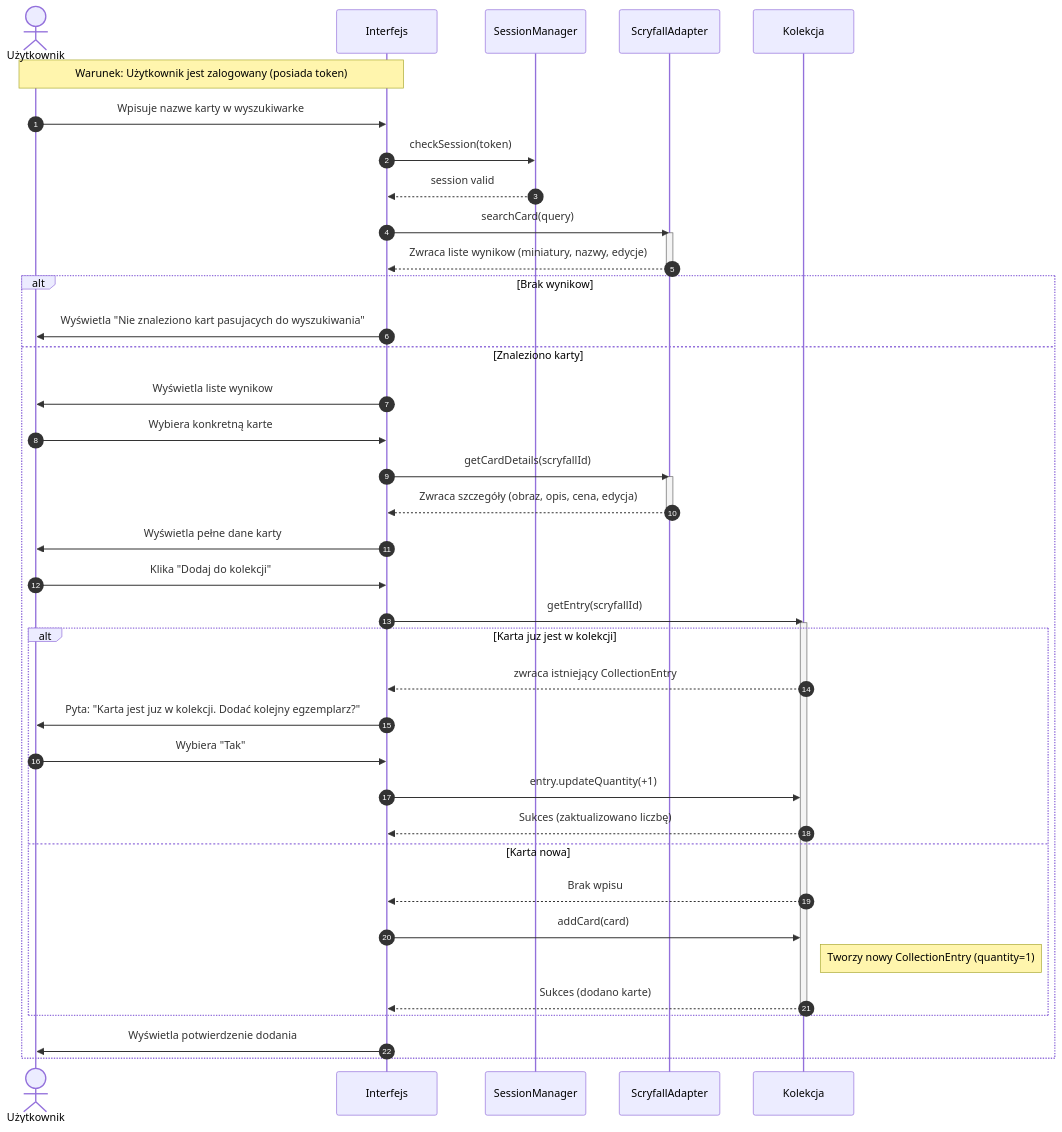
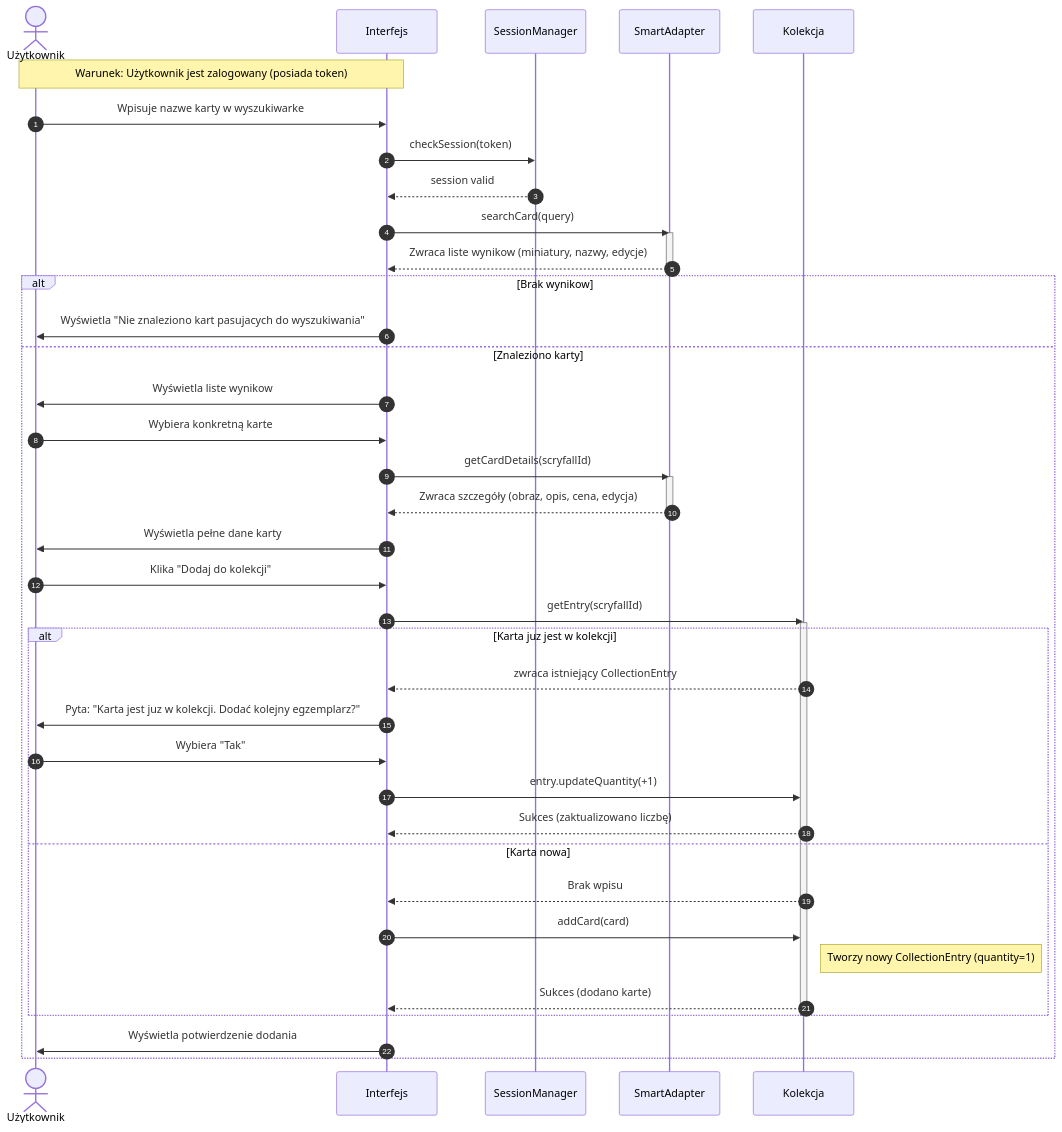
One commit to IO-2026-Pryncypalki/Grimoire_MTG changed the second of 7 diagrams in docs/zadanie4/diagramSekwencji.md. Above: the diagram before and after it, drawn with Mermaid. The commit also changed other lines of this file and 1 other file, not shown here.

Commit message:
Fixed sequence diagram and project description

````diff
--- a/docs/zadanie4/diagramSekwencji.md
+++ b/docs/zadanie4/diagramSekwencji.md
@@ -54,55 +59,55 @@
 ```mermaid
 sequenceDiagram
     autonumber
     actor U as Użytkownik
     participant UI as Interfejs
     participant SM as SessionManager
-    participant SA as ScryfallAdapter
+    participant SA as SmartAdapter
     participant COL as Kolekcja
 
     Note over U, UI: Warunek: Użytkownik jest zalogowany (posiada token)
 
     U->>UI: Wpisuje nazwe karty w wyszukiwarke
     UI->>SM: checkSession(token)
     SM-->>UI: session valid
 
     UI->>SA: searchCard(query)
     activate SA
     SA-->>UI: Zwraca liste wynikow (miniatury, nazwy, edycje)
     deactivate SA
 
     alt Brak wynikow
         UI->>U: Wyświetla "Nie znaleziono kart pasujacych do wyszukiwania"
     else Znaleziono karty
         UI->>U: Wyświetla liste wynikow
         U->>UI: Wybiera konkretną karte
 
         UI->>SA: getCardDetails(scryfallId)
         activate SA
         SA-->>UI: Zwraca szczegóły (obraz, opis, cena, edycja)
         deactivate SA
 
         UI->>U: Wyświetla pełne dane karty
 
         U->>UI: Klika "Dodaj do kolekcji"
 
         UI->>COL: getEntry(scryfallId)
         activate COL
 
         alt Karta juz jest w kolekcji
             COL-->>UI: zwraca istniejący CollectionEntry
             UI->>U: Pyta: "Karta jest juz w kolekcji. Dodać kolejny egzemplarz?"
             U->>UI: Wybiera "Tak"
             UI->>COL: entry.updateQuantity(+1)
             COL-->>UI: Sukces (zaktualizowano liczbę)
         else Karta nowa
             COL-->>UI: Brak wpisu
             UI->>COL: addCard(card)
             Note right of COL: Tworzy nowy CollectionEntry (quantity=1)
             COL-->>UI: Sukces (dodano karte)
         end
         deactivate COL
 
         UI->>U: Wyświetla potwierdzenie dodania
     end
 ```
````
